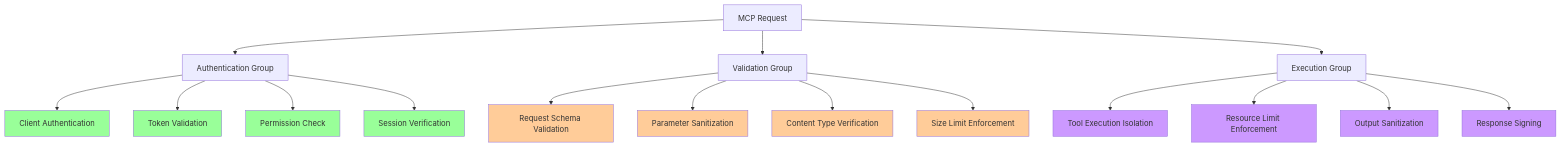
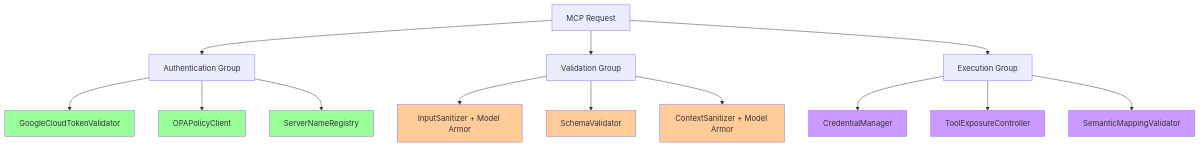
Before and after one commit to rnerurkar/mcp-implementation: the fifth of 7 diagrams in ADK MCP/MCP_SEQUENCE_DIAGRAM.md, drawn with Mermaid. The commit also changed other lines of this file and 39 other files, not shown here.

````diff
--- a/ADK MCP/MCP_SEQUENCE_DIAGRAM.md
+++ b/ADK MCP/MCP_SEQUENCE_DIAGRAM.md
@@ -221,34 +262,28 @@
 ```mermaid
 graph TB
     A[MCP Request] --> B[Authentication Group]
     A --> C[Validation Group]
     A --> D[Execution Group]
     
-    B --> B1[Client Authentication]
-    B --> B2[Token Validation]
-    B --> B3[Permission Check]
-    B --> B4[Session Verification]
+    B --> B1[GoogleCloudTokenValidator]
+    B --> B2[OPAPolicyClient]
+    B --> B3[ServerNameRegistry]
     
-    C --> C1[Request Schema Validation]
-    C --> C2[Parameter Sanitization]
-    C --> C3[Content Type Verification]
-    C --> C4[Size Limit Enforcement]
+    C --> C1[InputSanitizer + Model Armor]
+    C --> C2[SchemaValidator]
+    C --> C3[ContextSanitizer + Model Armor]
     
-    D --> D1[Tool Execution Isolation]
-    D --> D2[Resource Limit Enforcement]
-    D --> D3[Output Sanitization]
-    D --> D4[Response Signing]
+    D --> D1[CredentialManager]
+    D --> D2[ToolExposureController]
+    D --> D3[SemanticMappingValidator]
     
     style B1 fill:#99ff99
     style B2 fill:#99ff99
     style B3 fill:#99ff99
-    style B4 fill:#99ff99
     style C1 fill:#ffcc99
     style C2 fill:#ffcc99
     style C3 fill:#ffcc99
-    style C4 fill:#ffcc99
     style D1 fill:#cc99ff
     style D2 fill:#cc99ff
     style D3 fill:#cc99ff
-    style D4 fill:#cc99ff
 ```
````
